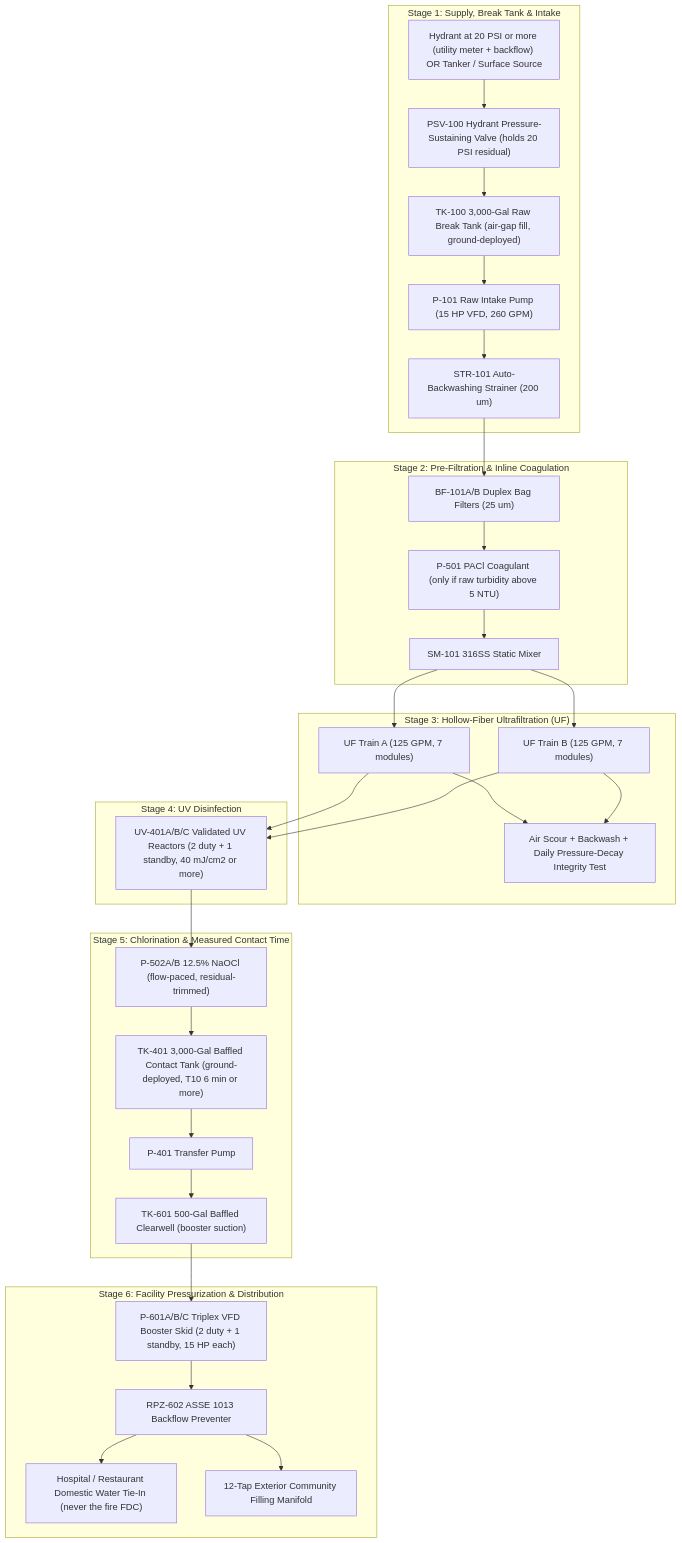
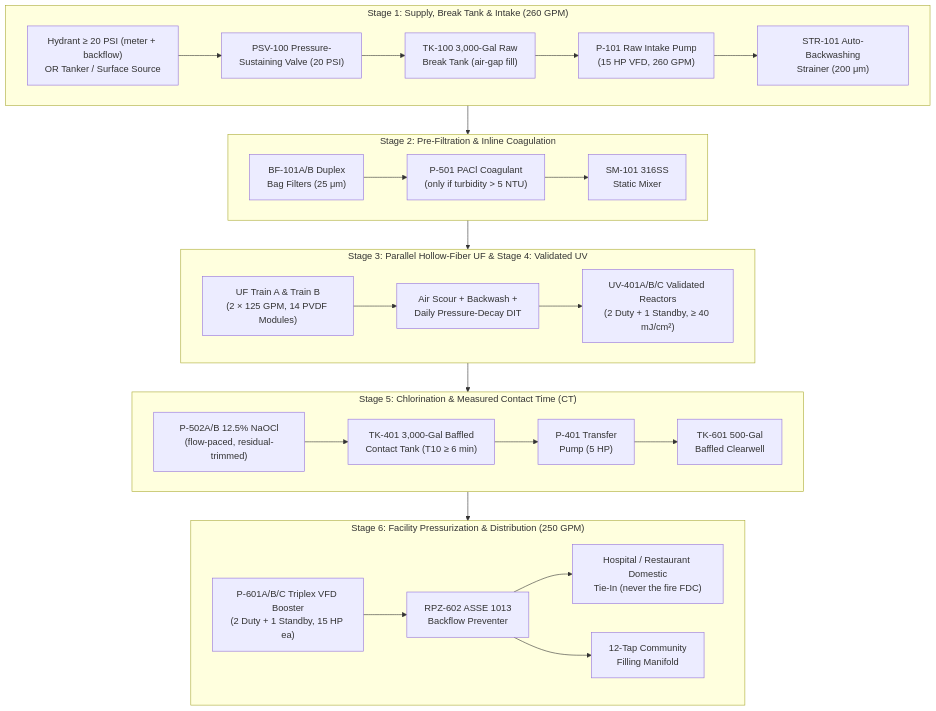
Before and after one commit to jefrix/ameripro: the diagram in mwt/MWTP_250_Engineering_Design_Package.md, drawn with Mermaid. The commit also changed 9 other files, not shown here.

````diff
--- a/mwt/MWTP_250_Engineering_Design_Package.md
+++ b/mwt/MWTP_250_Engineering_Design_Package.md
@@ -49,39 +49,41 @@
 ```mermaid
-flowchart TD
-    subgraph Stage1["Stage 1: Supply, Break Tank & Intake"]
-        HYD["Hydrant at 20 PSI or more (utility meter + backflow) OR Tanker / Surface Source"] --> PSV["PSV-100 Hydrant Pressure-Sustaining Valve (holds 20 PSI residual)"]
-        PSV --> TK100["TK-100 3,000-Gal Raw Break Tank (air-gap fill, ground-deployed)"]
-        TK100 --> P101["P-101 Raw Intake Pump (15 HP VFD, 260 GPM)"]
-        P101 --> AS["STR-101 Auto-Backwashing Strainer (200 um)"]
+flowchart TB
+    subgraph Stage1["Stage 1: Supply, Break Tank & Intake (260 GPM)"]
+        direction LR
+        HYD["Hydrant ≥ 20 PSI (meter + backflow)<br/>OR Tanker / Surface Source"] --> PSV["PSV-100 Pressure-<br/>Sustaining Valve (20 PSI)"]
+        PSV --> TK100["TK-100 3,000-Gal Raw<br/>Break Tank (air-gap fill)"]
+        TK100 --> P101["P-101 Raw Intake Pump<br/>(15 HP VFD, 260 GPM)"]
+        P101 --> AS["STR-101 Auto-Backwashing<br/>Strainer (200 μm)"]
     end
 
     subgraph Stage2["Stage 2: Pre-Filtration & Inline Coagulation"]
-        AS --> BF["BF-101A/B Duplex Bag Filters (25 um)"]
-        BF --> INJ1["P-501 PACl Coagulant (only if raw turbidity above 5 NTU)"]
-        INJ1 --> SM["SM-101 316SS Static Mixer"]
+        direction LR
+        BF["BF-101A/B Duplex<br/>Bag Filters (25 μm)"] --> INJ1["P-501 PACl Coagulant<br/>(only if turbidity > 5 NTU)"]
+        INJ1 --> SM["SM-101 316SS<br/>Static Mixer"]
     end
 
-    subgraph Stage3["Stage 3: Hollow-Fiber Ultrafiltration (UF)"]
-        SM --> UF1["UF Train A (125 GPM, 7 modules)"]
-        SM --> UF2["UF Train B (125 GPM, 7 modules)"]
-        UF1 & UF2 --> BW["Air Scour + Backwash + Daily Pressure-Decay Integrity Test"]
+    subgraph Stage34["Stage 3: Parallel Hollow-Fiber UF & Stage 4: Validated UV"]
+        direction LR
+        UF1["UF Train A & Train B<br/>(2 × 125 GPM, 14 PVDF Modules)"] --> BW["Air Scour + Backwash +<br/>Daily Pressure-Decay DIT"]
+        BW --> UV["UV-401A/B/C Validated Reactors<br/>(2 Duty + 1 Standby, ≥ 40 mJ/cm²)"]
     end
 
-    subgraph Stage4["Stage 4: UV Disinfection"]
-        UF1 & UF2 --> UV["UV-401A/B/C Validated UV Reactors (2 duty + 1 standby, 40 mJ/cm2 or more)"]
+    subgraph Stage5["Stage 5: Chlorination & Measured Contact Time (CT)"]
+        direction LR
+        INJ2["P-502A/B 12.5% NaOCl<br/>(flow-paced, residual-trimmed)"] --> CT["TK-401 3,000-Gal Baffled<br/>Contact Tank (T10 ≥ 6 min)"]
+        CT --> P401["P-401 Transfer<br/>Pump (5 HP)"]
+        P401 --> CW["TK-601 500-Gal<br/>Baffled Clearwell"]
     end
 
-    subgraph Stage5["Stage 5: Chlorination & Measured Contact Time"]
-        UV --> INJ2["P-502A/B 12.5% NaOCl (flow-paced, residual-trimmed)"]
-        INJ2 --> CT["TK-401 3,000-Gal Baffled Contact Tank (ground-deployed, T10 6 min or more)"]
-        CT --> P401["P-401 Transfer Pump"]
-        P401 --> CW["TK-601 500-Gal Baffled Clearwell (booster suction)"]
+    subgraph Stage6["Stage 6: Facility Pressurization & Distribution (250 GPM)"]
+        direction LR
+        DUP["P-601A/B/C Triplex VFD Booster<br/>(2 Duty + 1 Standby, 15 HP ea)"] --> RPZ["RPZ-602 ASSE 1013<br/>Backflow Preventer"]
+        RPZ --> BLDG["Hospital / Restaurant Domestic<br/>Tie-In (never the fire FDC)"]
+        RPZ --> TAP["12-Tap Community<br/>Filling Manifold"]
     end
 
-    subgraph Stage6["Stage 6: Facility Pressurization & Distribution"]
-        CW --> DUP["P-601A/B/C Triplex VFD Booster Skid (2 duty + 1 standby, 15 HP each)"]
-        DUP --> RPZ["RPZ-602 ASSE 1013 Backflow Preventer"]
-        RPZ --> BLDG["Hospital / Restaurant Domestic Water Tie-In (never the fire FDC)"]
-        RPZ --> TAP["12-Tap Exterior Community Filling Manifold"]
-    end
+    AS --> BF
+    SM --> UF1
+    UV --> INJ2
+    CW --> DUP
 ```
````
